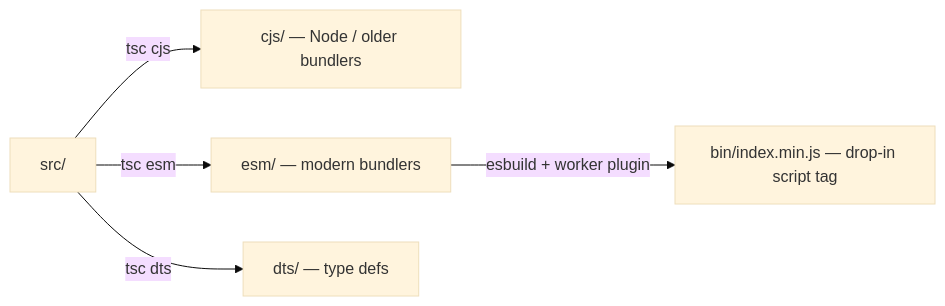
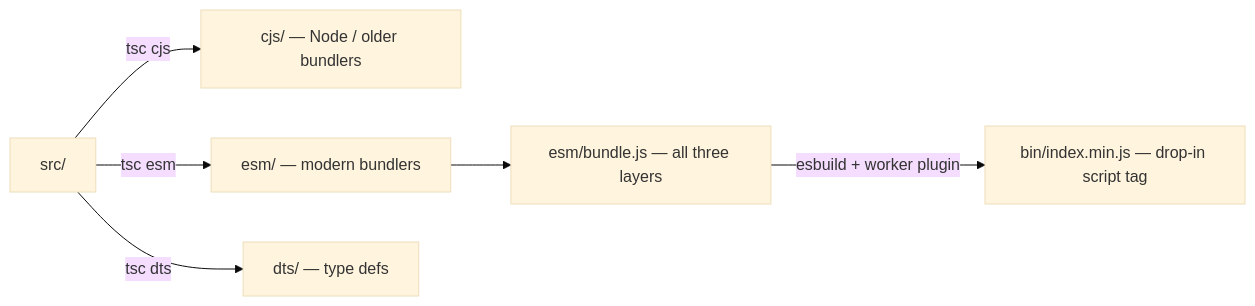
Before and after one commit to HDML-Foundation/HDML-Components: the diagram in docs/integration.md, drawn with Mermaid (base theme). The commit also changed other lines of this file and 12 other files, not shown here.

````diff
--- a/docs/integration.md
+++ b/docs/integration.md
@@ -60,7 +148,8 @@
 ```mermaid
 flowchart LR
   src["src/"] -->|tsc cjs| cjs["cjs/ — Node / older bundlers"]
   src -->|tsc esm| esm["esm/ — modern bundlers"]
   src -->|tsc dts| dts["dts/ — type defs"]
-  esm -->|esbuild + worker plugin| bin["bin/index.min.js — drop-in script tag"]
+  esm --> entry["esm/bundle.js — all three layers"]
+  entry -->|esbuild + worker plugin| bin["bin/index.min.js — drop-in script tag"]
 ```
````
